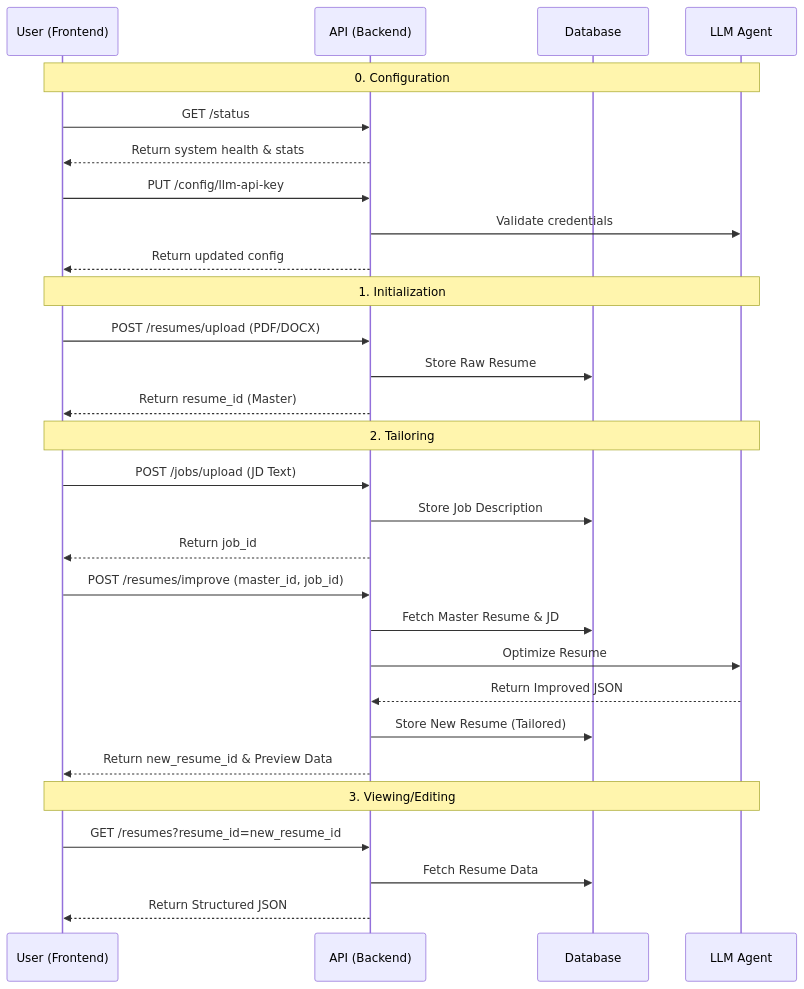
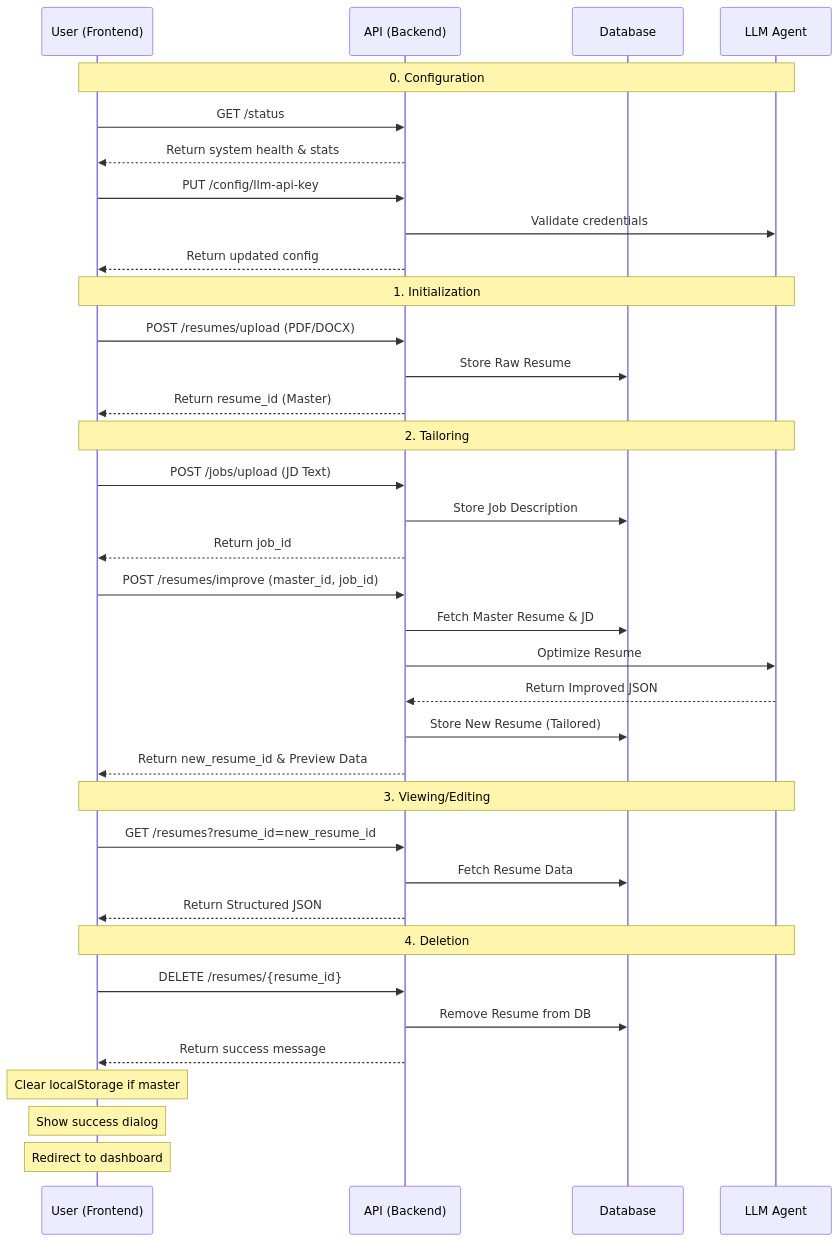
One commit to bmck039/Resume-Matcher changed the diagram in .front-end-apis.md. Above: the diagram before and after it, drawn with Mermaid. The commit also changed other lines of this file and 27 other files, not shown here.

First line of the commit message:
feat: implement resume deletion and template customization features

````diff
--- a/.front-end-apis.md
+++ b/.front-end-apis.md
@@ -332,36 +371,44 @@
 ```mermaid
 sequenceDiagram
     participant U as User (Frontend)
     participant A as API (Backend)
     participant D as Database
     participant L as LLM Agent
 
     Note over U, L: 0. Configuration
     U->>A: GET /status
     A-->>U: Return system health & stats
     U->>A: PUT /config/llm-api-key
     A->>L: Validate credentials
     A-->>U: Return updated config
 
     Note over U, L: 1. Initialization
     U->>A: POST /resumes/upload (PDF/DOCX)
     A->>D: Store Raw Resume
     A-->>U: Return resume_id (Master)
 
     Note over U, L: 2. Tailoring
     U->>A: POST /jobs/upload (JD Text)
     A->>D: Store Job Description
     A-->>U: Return job_id
 
     U->>A: POST /resumes/improve (master_id, job_id)
     A->>D: Fetch Master Resume & JD
     A->>L: Optimize Resume
     L-->>A: Return Improved JSON
     A->>D: Store New Resume (Tailored)
     A-->>U: Return new_resume_id & Preview Data
 
     Note over U, L: 3. Viewing/Editing
     U->>A: GET /resumes?resume_id=new_resume_id
     A->>D: Fetch Resume Data
     A-->>U: Return Structured JSON
+
+    Note over U, L: 4. Deletion
+    U->>A: DELETE /resumes/{resume_id}
+    A->>D: Remove Resume from DB
+    A-->>U: Return success message
+    Note over U: Clear localStorage if master
+    Note over U: Show success dialog
+    Note over U: Redirect to dashboard
 ```
````
